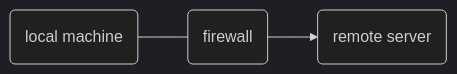
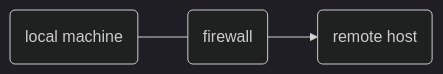
The first of 2 diagrams in content/posts/ssh-cheat-sheet/index.md (xeylou/testade.xeylou.fr), drawn with Mermaid before and after one commit. The commit also changed other lines of this file and 1 other file, not shown here.

```diff
--- a/content/posts/ssh-cheat-sheet/index.md
+++ b/content/posts/ssh-cheat-sheet/index.md
@@ -243,10 +280,10 @@
 {{< mermaid >}}
 %%{init: {'theme':'dark'}}%%
 graph LR
 a(local machine)
 b(firewall)
-c(remote server)
+c(remote host)
 
 a---b
 b-->c
 {{< /mermaid >}}
```
